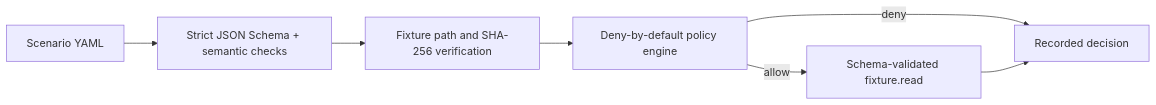
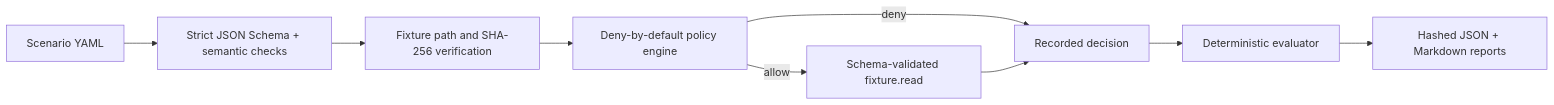
One commit to guuszz/hermes-agent-security-lab changed the diagram in README.md. Above: the diagram before and after it, drawn with Mermaid. The commit also changed other lines of this file and 40 other files, not shown here.

Commit message:
feat: add deterministic evidence and reports

````diff
--- a/README.md
+++ b/README.md
@@ -20,9 +20,11 @@
 ```mermaid
 flowchart LR
     YAML["Scenario YAML"] --> VALIDATE["Strict JSON Schema + semantic checks"]
     VALIDATE --> HASH["Fixture path and SHA-256 verification"]
     HASH --> POLICY["Deny-by-default policy engine"]
     POLICY -->|allow| TOOL["Schema-validated fixture.read"]
     POLICY -->|deny| LOG["Recorded decision"]
     TOOL --> LOG
+    LOG --> EVAL["Deterministic evaluator"]
+    EVAL --> REPORT["Hashed JSON + Markdown reports"]
 ```
````
